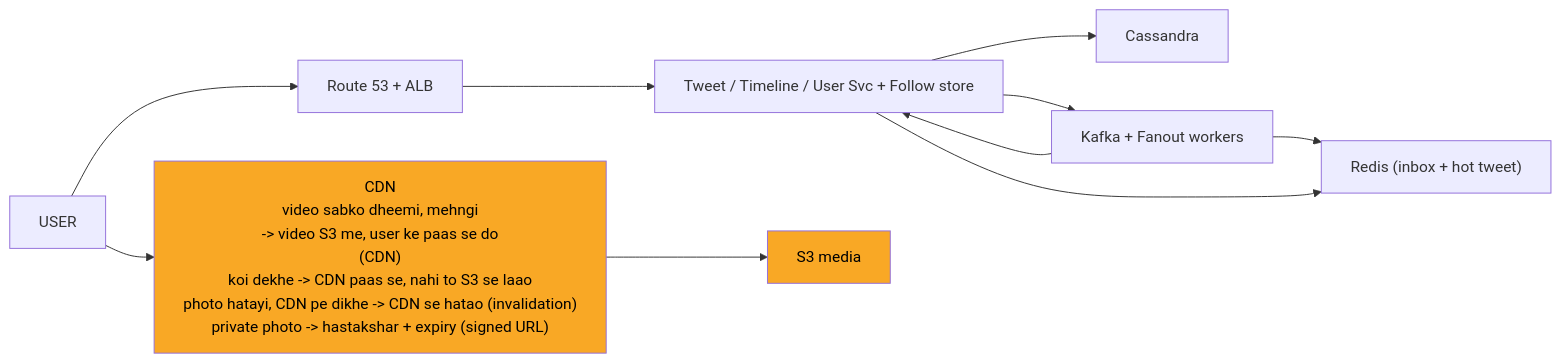
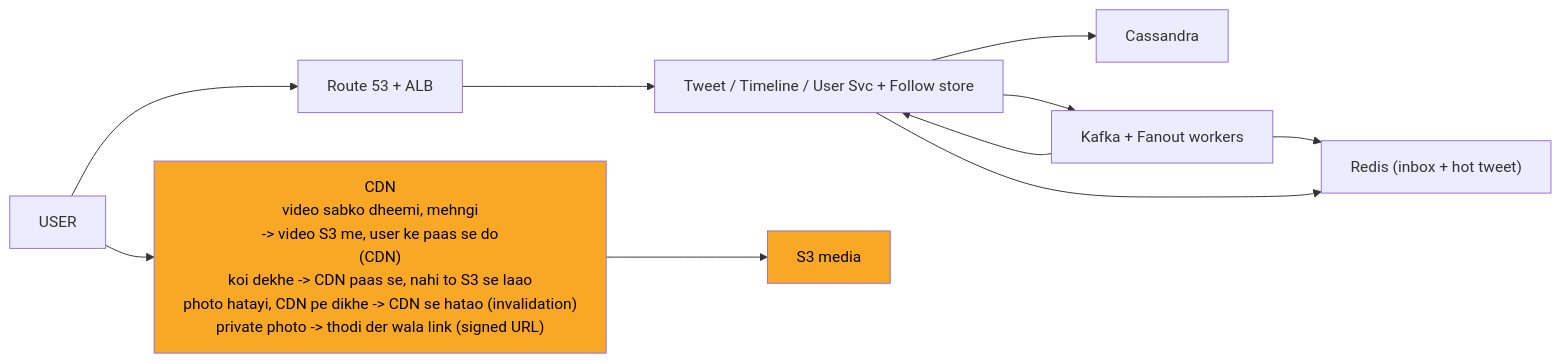
Before and after one commit to ArpanMaheshwari144/Prep: diagram 11 of 12 in 04_HLD/SYSTEM_DESIGNS/03_twitter_feed/03_twitter_feed.md, drawn with Mermaid. The commit also changed other lines of this file and 13 other files, not shown here.

````diff
--- a/04_HLD/SYSTEM_DESIGNS/03_twitter_feed/03_twitter_feed.md
+++ b/04_HLD/SYSTEM_DESIGNS/03_twitter_feed/03_twitter_feed.md
@@ -450,23 +450,23 @@
 ```mermaid
 %%{init: {"flowchart": {"wrappingWidth": 450}}}%%
 flowchart LR
     n_USER["USER"]
     n_EDGE["Route 53 + ALB"]
-    n_CDN["CDN<br/>video sabko dheemi, mehngi<br/>-> video S3 me, user ke paas se do<br/>(CDN)<br/>koi dekhe -> CDN paas se, nahi to S3 se laao<br/>photo hatayi, CDN pe dikhe -> CDN se hatao (invalidation)<br/>private photo -> hastakshar + expiry (signed URL)"]
+    n_CDN["CDN<br/>video sabko dheemi, mehngi<br/>-> video S3 me, user ke paas se do<br/>(CDN)<br/>koi dekhe -> CDN paas se, nahi to S3 se laao<br/>photo hatayi, CDN pe dikhe -> CDN se hatao (invalidation)<br/>private photo -> thodi der wala link (signed URL)"]
     n_SVC["Tweet / Timeline / User Svc + Follow store"]
     n_Cassandra["Cassandra"]
     n_FAN["Kafka + Fanout workers"]
     n_RI["Redis (inbox + hot tweet)"]
     n_S3["S3 media"]
     n_USER --> n_EDGE
     n_EDGE --> n_SVC
     n_SVC --> n_Cassandra
     n_SVC --> n_FAN
     n_FAN --> n_RI
     n_SVC --> n_RI
     n_FAN --> n_SVC
     n_USER --> n_CDN
     n_CDN --> n_S3
     style n_CDN fill:#f9a825,color:#000
     style n_S3 fill:#f9a825,color:#000
 ```
````
